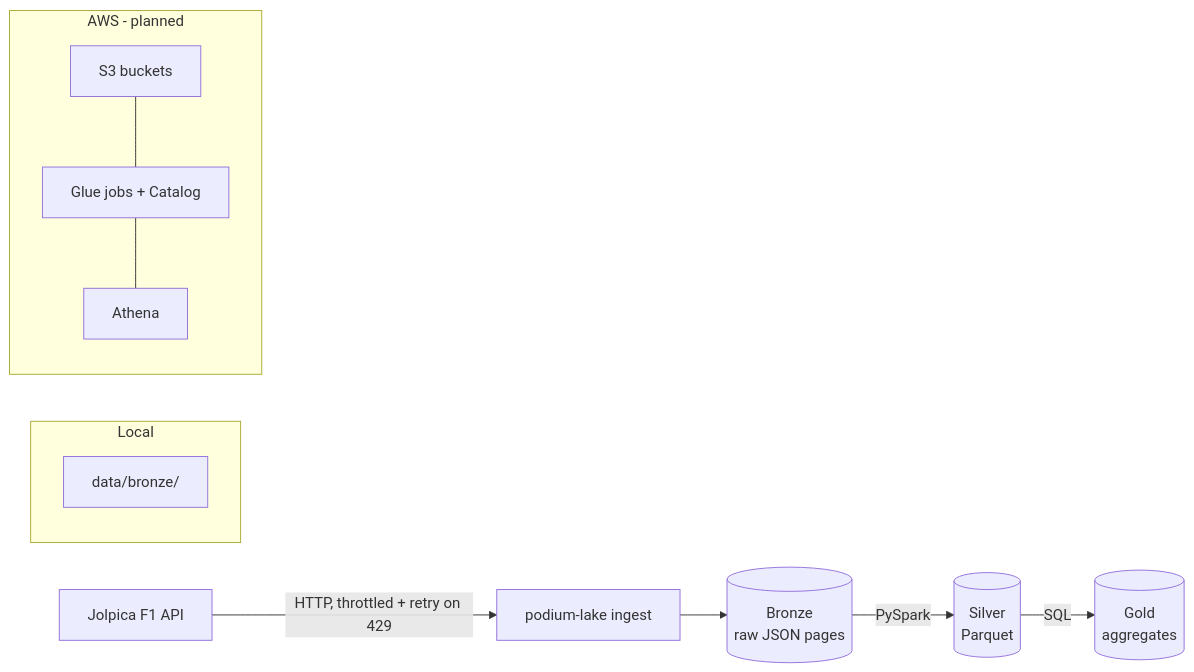
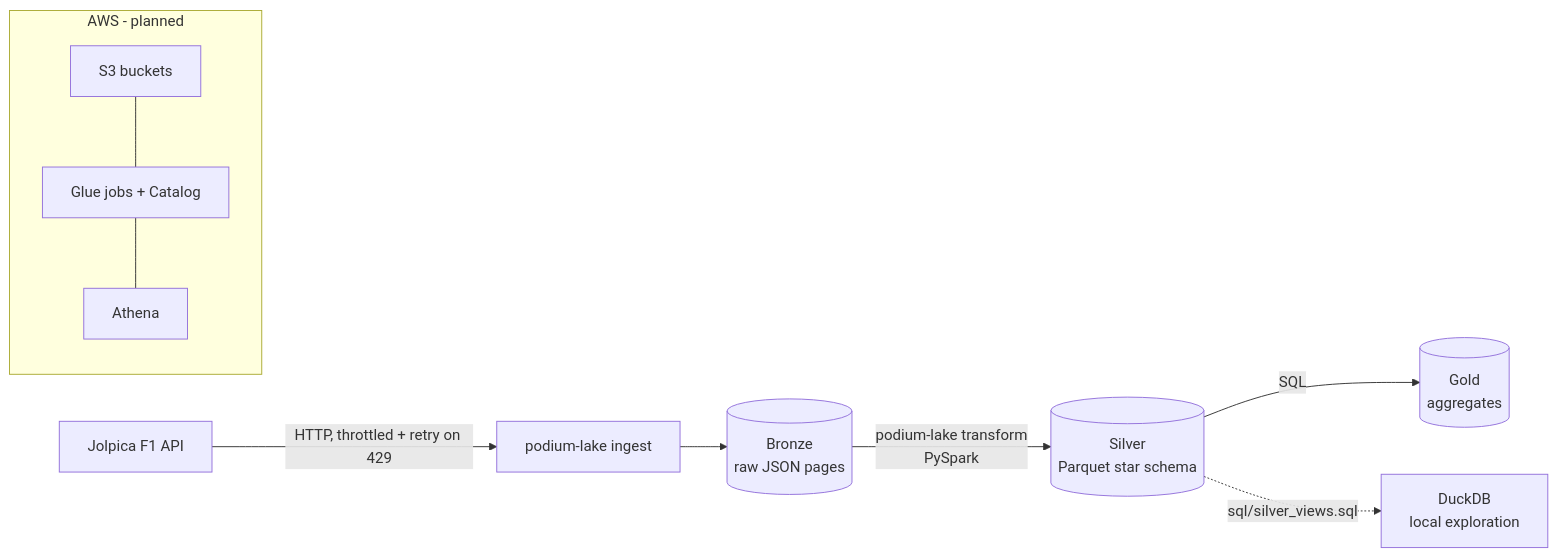
Before and after one commit to thebet4/podium-lake: the first of 2 diagrams in README.md, drawn with Mermaid. The commit also changed other lines of this file and 1 other file, not shown here.

Commit message:
docs: document the silver layer

````diff
--- a/README.md
+++ b/README.md
@@ -17,14 +17,12 @@
 ```mermaid
 flowchart LR
     API[Jolpica F1 API] -->|HTTP, throttled + retry on 429| ING[podium-lake ingest]
     ING --> BRONZE[(Bronze<br/>raw JSON pages)]
-    BRONZE -->|PySpark| SILVER[(Silver<br/>Parquet)]
+    BRONZE -->|podium-lake transform<br/>PySpark| SILVER[(Silver<br/>Parquet star schema)]
     SILVER -->|SQL| GOLD[(Gold<br/>aggregates)]
+    SILVER -.->|sql/silver_views.sql| DUCK[DuckDB<br/>local exploration]
 
-    subgraph Local
-        BRONZE_L[data/bronze/]
-    end
     subgraph AWS [AWS - planned]
         S3[S3 buckets] --- GLUE[Glue jobs + Catalog] --- ATHENA[Athena]
     end
 ```
````
